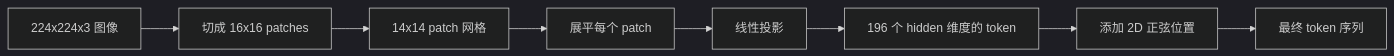
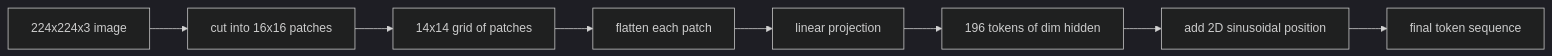
The diagram in i18n/zh/phases/19-capstone-projects/58-vision-encoder-patches/docs/zh.md (xiaojiaenen/ai-engineering-from-scratch-zh), drawn with Mermaid (dark theme) before and after one commit. The commit also changed other lines of this file and 85 other files, not shown here.

````diff
--- a/i18n/zh/phases/19-capstone-projects/58-vision-encoder-patches/docs/zh.md
+++ b/i18n/zh/phases/19-capstone-projects/58-vision-encoder-patches/docs/zh.md
@@ -25,10 +25,10 @@
 ```mermaid
 flowchart LR
-  Image[224x224x3 图像] --> Cut[切成 16x16 patches]
-  Cut --> Grid[14x14 patch 网格]
-  Grid --> Flatten[展平每个 patch]
-  Flatten --> Proj[线性投影]
-  Proj --> Tokens[196 个 hidden 维度的 token]
-  Tokens --> Pos[添加 2D 正弦位置]
-  Pos --> Out[最终 token 序列]
+  Image[224x224x3 image] --> Cut[cut into 16x16 patches]
+  Cut --> Grid[14x14 grid of patches]
+  Grid --> Flatten[flatten each patch]
+  Flatten --> Proj[linear projection]
+  Proj --> Tokens[196 tokens of dim hidden]
+  Tokens --> Pos[add 2D sinusoidal position]
+  Pos --> Out[final token sequence]
 ```
````
